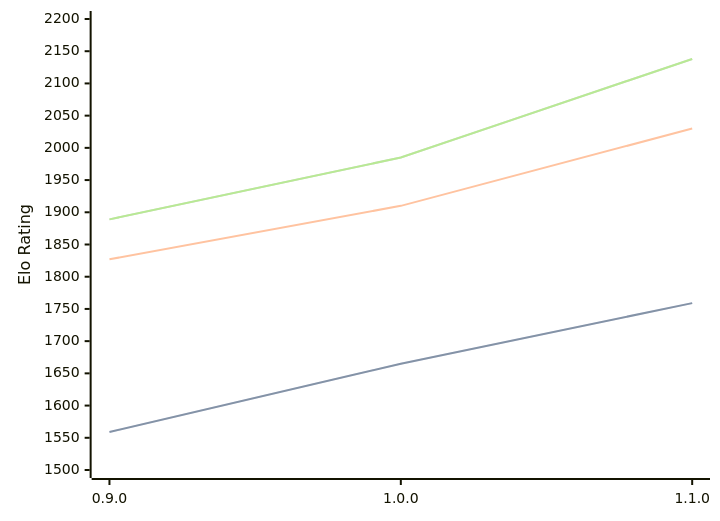
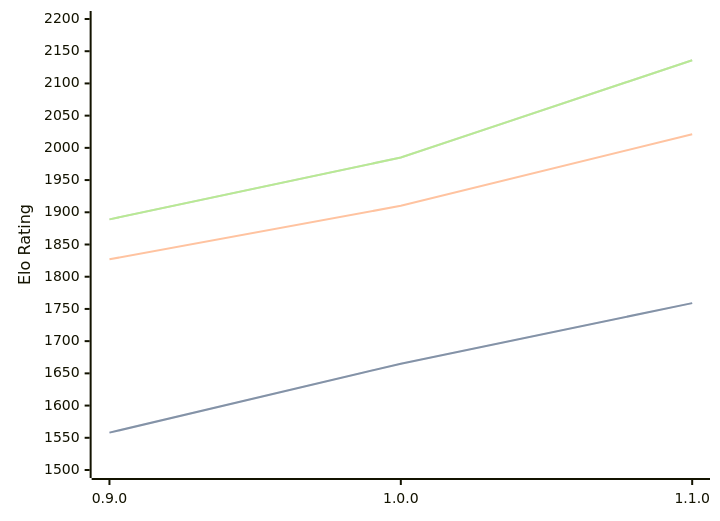
One commit to computer-chess-index/cci changed the diagram in engines/Ratsu.md. Above: the diagram before and after it, drawn with Mermaid. The commit also changed other lines of this file, not shown here.

Commit message:
Update CCI Ratings (ELO VLTC) - 2026-04-24

````diff
--- a/engines/Ratsu.md
+++ b/engines/Ratsu.md
@@ -33,11 +33,11 @@
 ```mermaid
 %%{init: {"theme":"base","themeVariables":{"seriesColors:['#a3a3a3','#222221','#faa371']}}}%%
 xychart-beta
   x-axis ["0.9.0", "1.0.0", "1.1.0"]
   y-axis "Elo Rating" 1500 --> 2200
-  line "STC (8.0+0.08s)" [1559, 1665, 1759]
-  line "STC (8.0+0.08s)" [1559, 1665, 1759]
-  line "LTC (60.0+0.60s)" [1827, 1910, 2030]
-  line "VLTC (2m24s+1.12s)" [1889, 1985, 2138]
-  line "VLTC (2m24s+1.12s)" [1889, 1985, 2138]
+  line "STC (8.0+0.08s)" [1558, 1665, 1759]
+  line "STC (8.0+0.08s)" [1558, 1665, 1759]
+  line "LTC (60.0+0.60s)" [1827, 1910, 2021]
+  line "VLTC (2m24s+1.12s)" [1889, 1985, 2136]
+  line "VLTC (2m24s+1.12s)" [1889, 1985, 2136]
 ```
````
